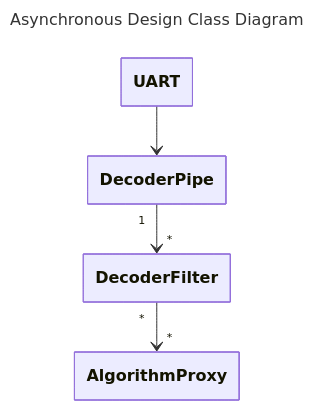
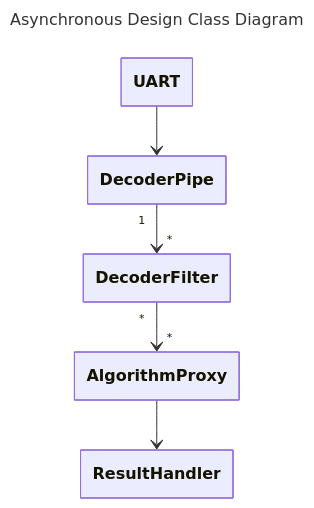
Before and after one commit to Junale/erts-a1: the seventh of 8 diagrams in exam-project/mermaid -diagrams.md, drawn with Mermaid. The commit also changed other lines of this file, not shown here.

Commit message:
add ResultHandler class to AlgorithmProxy diagram and clean up whitespace

````diff
--- a/exam-project/mermaid -diagrams.md
+++ b/exam-project/mermaid -diagrams.md
@@ -160,19 +160,21 @@
 ```mermaid
 ---
     title: Asynchronous Design Class Diagram
     config:
         class:
             hideEmptyMembersBox: true
 ---
 classDiagram
     class UART
     class DecoderPipe
     class DecoderFilter
 
     class AlgorithmProxy
+    class ResultHandler
 
     UART --> DecoderPipe
     DecoderPipe "1" --> "*" DecoderFilter
     DecoderFilter "*" --> "*" AlgorithmProxy
+    AlgorithmProxy --> ResultHandler
 
 ```
````
